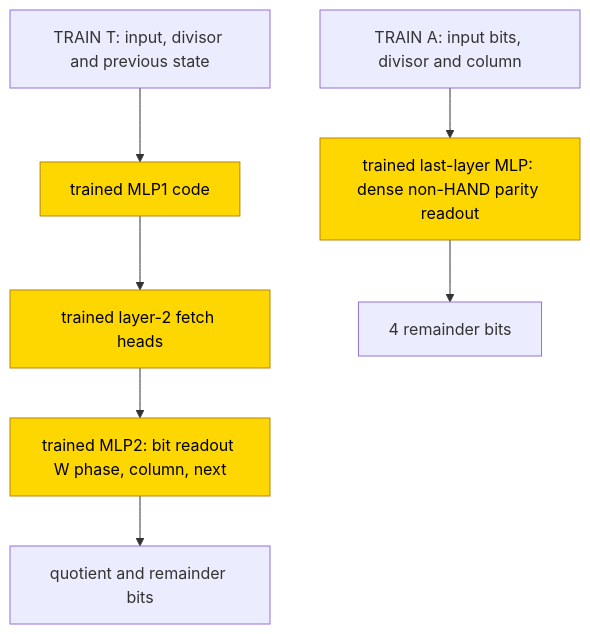
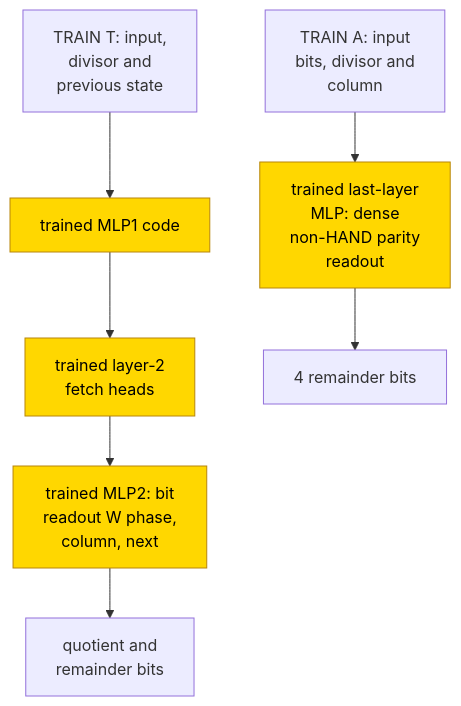
One commit to jc1122/mechanistic-interpretability-circuit-atlas changed the second of 2 diagrams in entries/crc-remainder.md. Above: the diagram before and after it, drawn with Mermaid. The commit also changed other lines of this file and 39 other files, not shown here.

````diff
--- a/entries/crc-remainder.md
+++ b/entries/crc-remainder.md
@@ -207,13 +207,13 @@
 ```mermaid
 flowchart TD
     accTitle: Trained scratchpad readout and dense answer-only candidate
     accDescr: A trained scratchpad code passes through fetch heads to the final bit write; the answer-only route uses a dense last-layer readout. All marked components are trained. Overall status is partial: the scratchpad readout and discovered circuit pass their scoped tests, but earlier layers have no formula and the coarse key includes the emitted bit. The tested answer-only form is rejected.
-    I["TRAIN T: input, divisor and previous state"] --> M1["trained MLP1 code"]
-    M1 --> H["trained layer-2 fetch heads"]
-    H --> M2["trained MLP2: bit readout W phase, column, next"]
-    M2 --> Y["quotient and remainder bits"]
-    IA["TRAIN A: input bits, divisor and column"] --> RA["trained last-layer MLP: dense non-HAND parity readout"]
+    I["TRAIN T: input,<br/>divisor and<br/>previous state"] --> M1["trained MLP1 code"]
+    M1 --> H["trained layer-2<br/>fetch heads"]
+    H --> M2["trained MLP2: bit<br/>readout W phase,<br/>column, next"]
+    M2 --> Y["quotient and<br/>remainder bits"]
+    IA["TRAIN A: input<br/>bits, divisor and<br/>column"] --> RA["trained last-layer<br/>MLP: dense<br/>non-HAND parity<br/>readout"]
     RA --> YA["4 remainder bits"]
     classDef trained fill:gold,stroke:darkgoldenrod,color:black
     class M1,H,M2,RA trained
 ```
````
